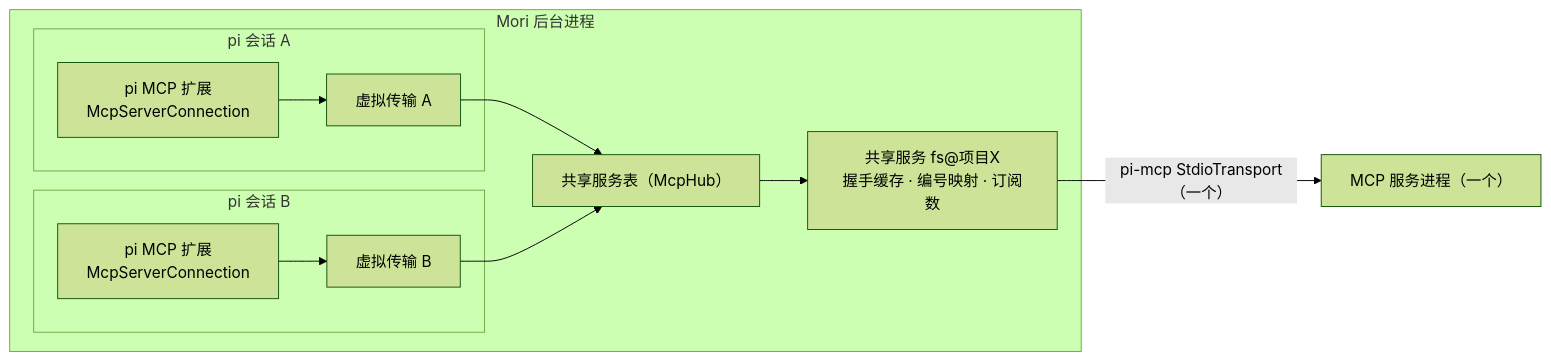
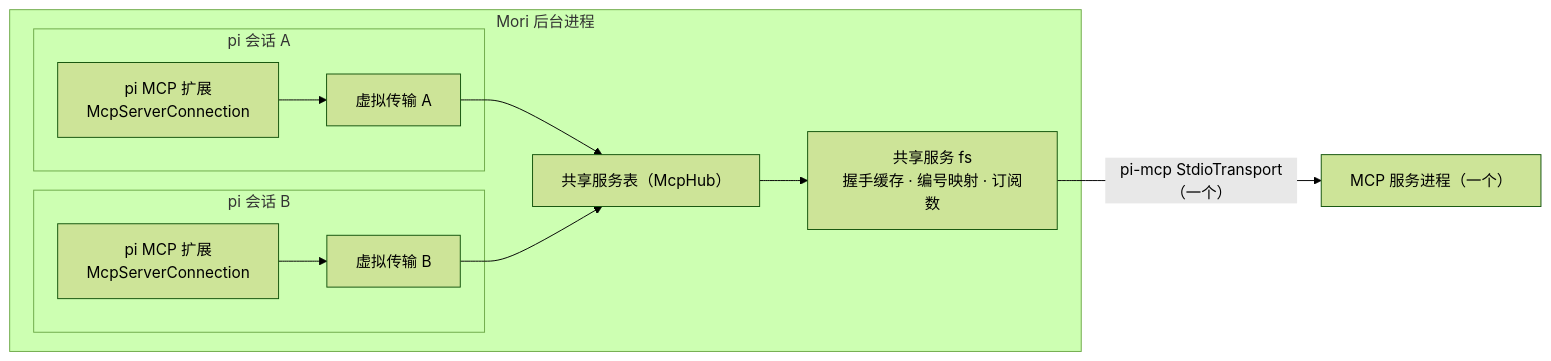
The first of 3 diagrams in docs/v0/m6-mcp-shared.md (HoldThatThgt/mori), drawn with Mermaid (forest theme) before and after one commit. The commit also changed other lines of this file and 3 other files, not shown here.

````diff
--- a/docs/v0/m6-mcp-shared.md
+++ b/docs/v0/m6-mcp-shared.md
@@ -18,15 +18,15 @@
 ```mermaid
 flowchart LR
   subgraph kernel["Mori 后台进程"]
     subgraph A["pi 会话 A"]
       A1["pi MCP 扩展<br/>McpServerConnection"] --> A2["虚拟传输 A"]
     end
     subgraph B["pi 会话 B"]
       B1["pi MCP 扩展<br/>McpServerConnection"] --> B2["虚拟传输 B"]
     end
     A2 --> H["共享服务表（McpHub）"]
     B2 --> H
-    H --> S["共享服务 fs@项目X<br/>握手缓存 · 编号映射 · 订阅数"]
+    H --> S["共享服务 fs<br/>握手缓存 · 编号映射 · 订阅数"]
   end
   S -- "pi-mcp StdioTransport（一个）" --> P["MCP 服务进程（一个）"]
 ```
````
